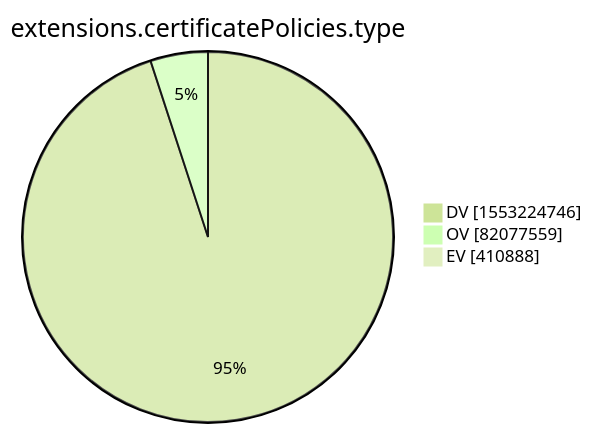
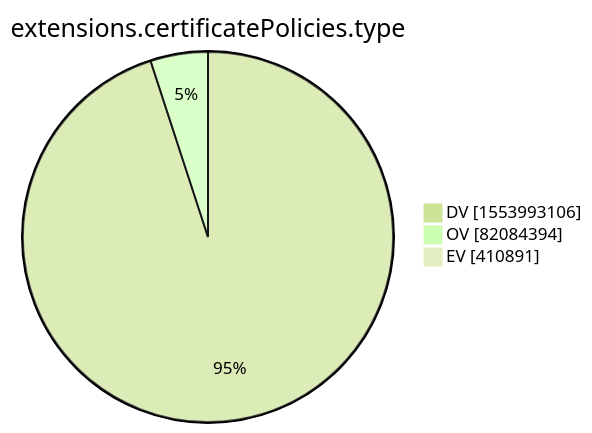
Before and after one commit to christiankrug/ctmonitor_visualization: the tenth of 15 diagrams in xenon2022/README.md, drawn with Mermaid (forest theme). The commit also changed other lines of this file, not shown here.

````diff
--- a/xenon2022/README.md
+++ b/xenon2022/README.md
@@ -2876,7 +2876,7 @@
 ```mermaid
 pie showData
 title extensions.certificatePolicies.type
-"DV" :1553224746
-"OV" :82077559
-"EV" :410888
+"DV" :1553993106
+"OV" :82084394
+"EV" :410891
 ```
````
